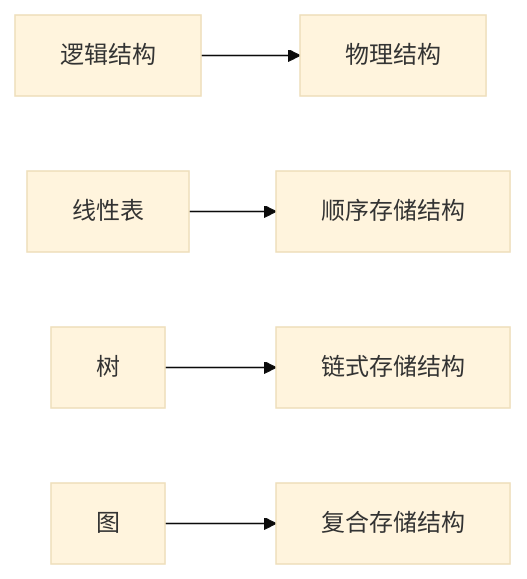
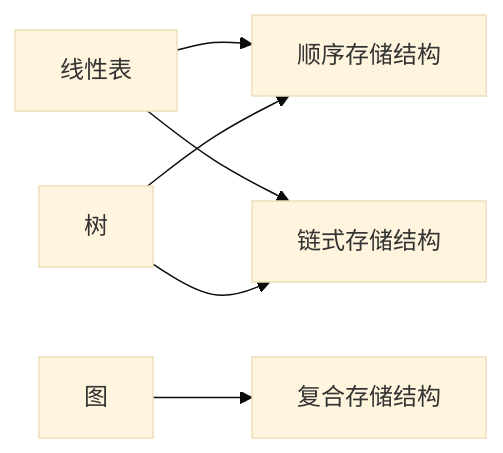
The first of 2 diagrams in 数据结构/数据结构.md (Woo3aN/Obsidian-backup), drawn with Mermaid (base theme) before and after one commit. The commit also changed other lines of this file and 1 other file, not shown here.

````diff
--- a/数据结构/数据结构.md
+++ b/数据结构/数据结构.md
@@ -67,7 +99,8 @@
 ```mermaid
 flowchart LR
-    A[逻辑结构] --> B[物理结构]
     A1[线性表] --> B1[顺序存储结构]
-    A2[树] --> B2[链式存储结构]
+    A1 --> B2[链式存储结构]
+    A2[树] --> B1
+    A2 --> B2
     A3[图] --> B3[复合存储结构]
 ```
````
